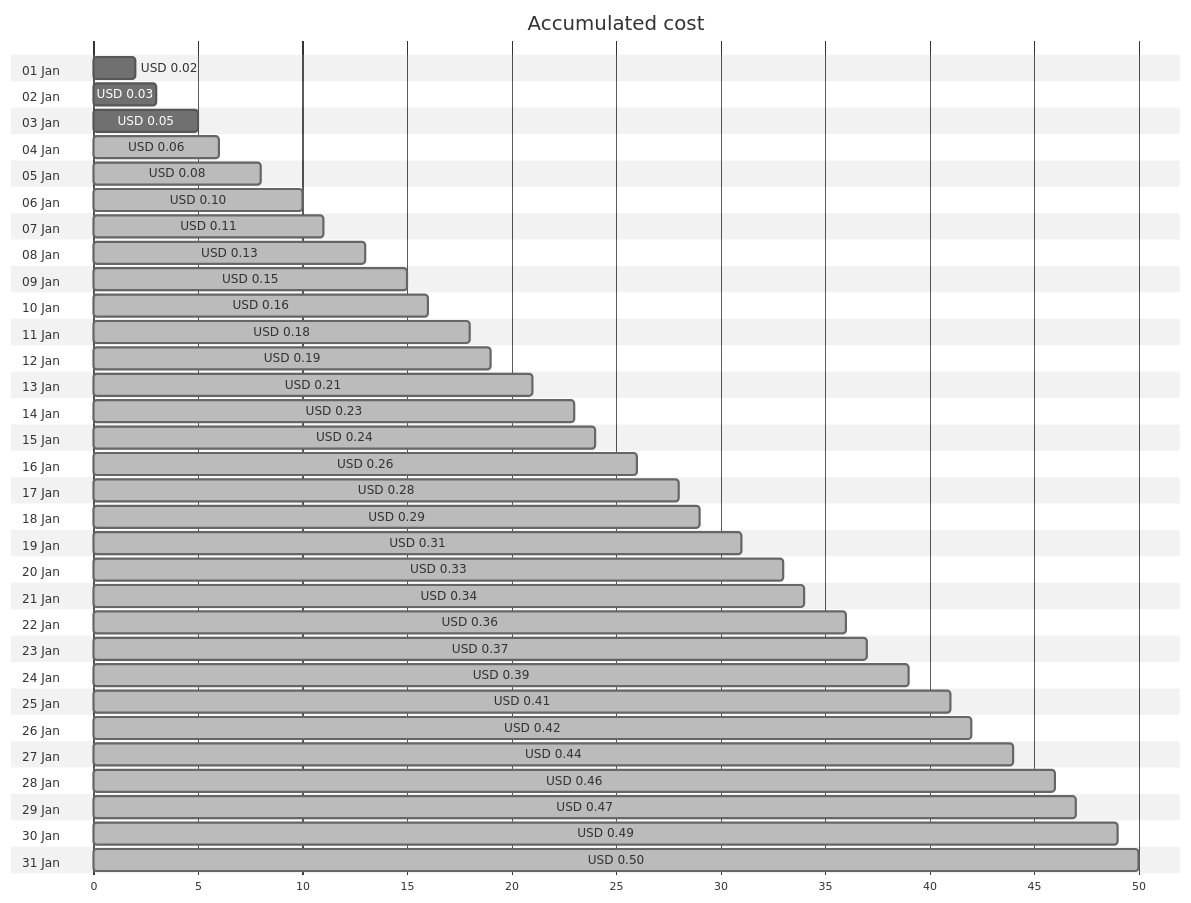
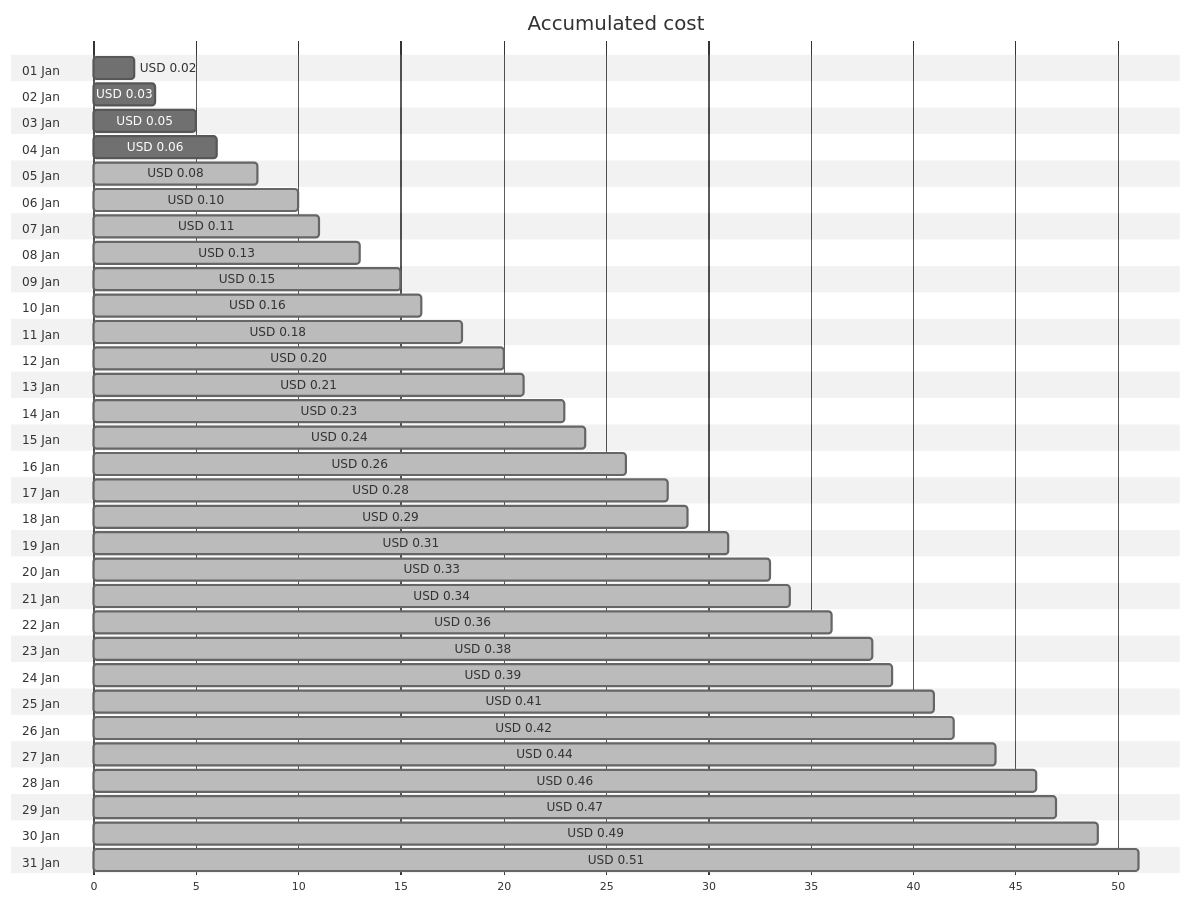
One commit to jpfulton/azure-personal-reports changed the first of 4 diagrams in cost-reports/personal-dns/jpatrickfulton.dev.md. Above: the diagram before and after it, drawn with Mermaid (neutral theme). The commit also changed other lines of this file and 2 other files, not shown here.

````diff
--- a/cost-reports/personal-dns/jpatrickfulton.dev.md
+++ b/cost-reports/personal-dns/jpatrickfulton.dev.md
@@ -20,68 +20,68 @@
 ```mermaid
 gantt
    title Accumulated cost
    dateFormat  X
    axisFormat %s
    section 01 Jan
    USD 0.02 :0, 2
    section 02 Jan
    USD 0.03 :0, 3
    section 03 Jan
    USD 0.05 :0, 5
    section 04 Jan
-   USD 0.06 : done, 0, 6
+   USD 0.06 :0, 6
    section 05 Jan
    USD 0.08 : done, 0, 8
    section 06 Jan
    USD 0.10 : done, 0, 10
    section 07 Jan
    USD 0.11 : done, 0, 11
    section 08 Jan
    USD 0.13 : done, 0, 13
    section 09 Jan
    USD 0.15 : done, 0, 15
    section 10 Jan
    USD 0.16 : done, 0, 16
    section 11 Jan
    USD 0.18 : done, 0, 18
    section 12 Jan
-   USD 0.19 : done, 0, 19
+   USD 0.20 : done, 0, 20
    section 13 Jan
    USD 0.21 : done, 0, 21
    section 14 Jan
    USD 0.23 : done, 0, 23
    section 15 Jan
    USD 0.24 : done, 0, 24
    section 16 Jan
    USD 0.26 : done, 0, 26
    section 17 Jan
    USD 0.28 : done, 0, 28
    section 18 Jan
    USD 0.29 : done, 0, 29
    section 19 Jan
    USD 0.31 : done, 0, 31
    section 20 Jan
    USD 0.33 : done, 0, 33
    section 21 Jan
    USD 0.34 : done, 0, 34
    section 22 Jan
    USD 0.36 : done, 0, 36
    section 23 Jan
-   USD 0.37 : done, 0, 37
+   USD 0.38 : done, 0, 38
    section 24 Jan
    USD 0.39 : done, 0, 39
    section 25 Jan
    USD 0.41 : done, 0, 41
    section 26 Jan
    USD 0.42 : done, 0, 42
    section 27 Jan
    USD 0.44 : done, 0, 44
    section 28 Jan
    USD 0.46 : done, 0, 46
    section 29 Jan
    USD 0.47 : done, 0, 47
    section 30 Jan
    USD 0.49 : done, 0, 49
    section 31 Jan
-   USD 0.50 : done, 0, 50
+   USD 0.51 : done, 0, 51
 ```
````
